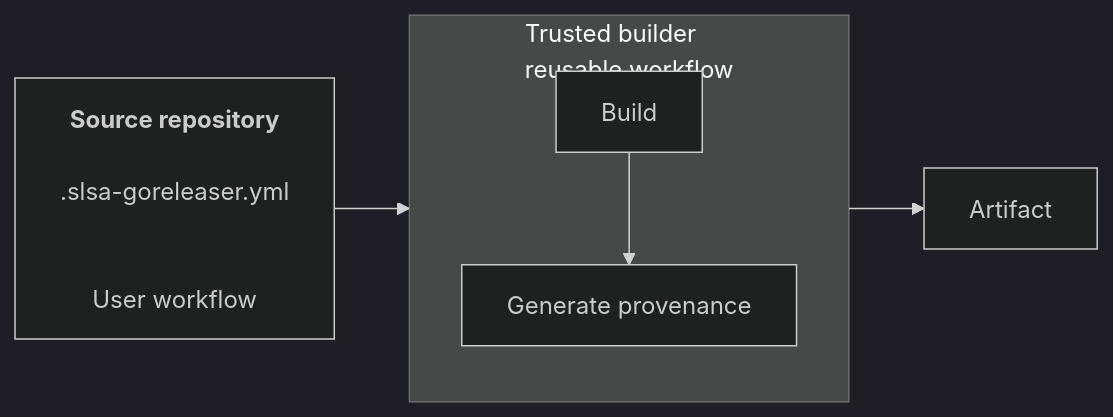
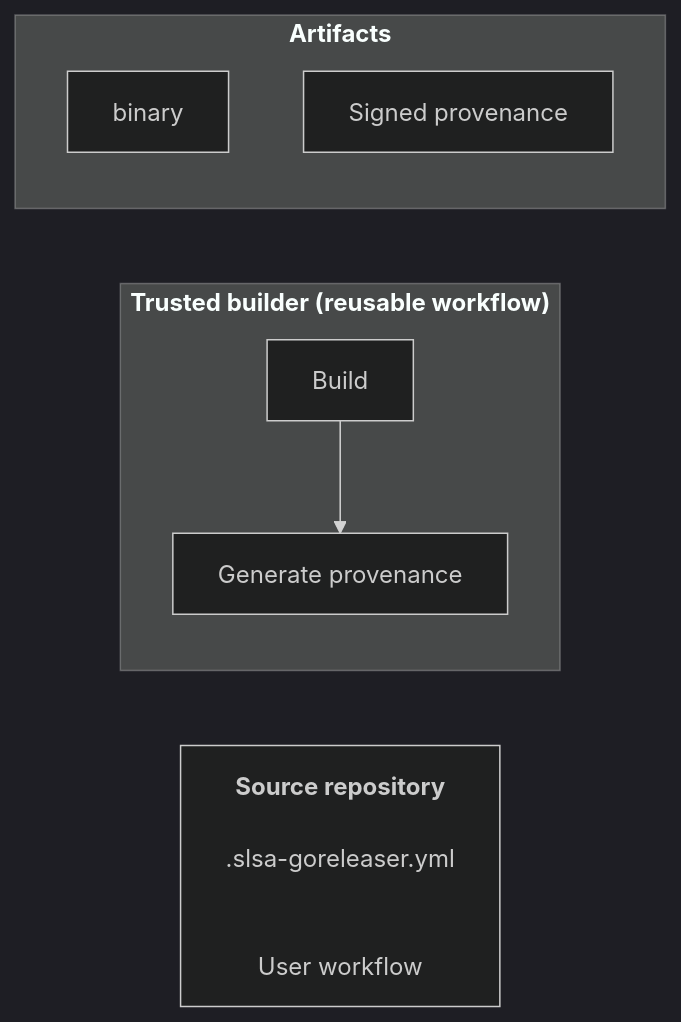
One commit to slsa-framework/slsa-github-generator changed the diagram in SPECIFICATIONS.md. Above: the diagram before and after it, drawn with Mermaid (dark theme).

Commit message:
update mermaid chart

````diff
--- a/SPECIFICATIONS.md
+++ b/SPECIFICATIONS.md
@@ -122,15 +122,15 @@
 ```mermaid
-flowchart LR;
-  source[<b>Source repository</b><br/><br/>.slsa-goreleaser.yml<br/><br/><br/>User workflow];
+flowchart LR
+  source[<b>Source repository</b><br/><br/>.slsa-goreleaser.yml<br/><br/><br/>User workflow]
   build[Build]
   generate[Generate provenance]
-  artifact[Artifact]
 
-  subgraph RW[Trusted builder<br/>reusable workflow]
-    direction TB
+  subgraph RW["<b>Trusted builder (reusable workflow)</b>"]
     build-->generate
   end
 
-  source-->build
-  generate-->artifact
+  subgraph A["<b>Artifacts</b>"]
+    binary
+    provenance[Signed provenance]
+  end
 ```
````
